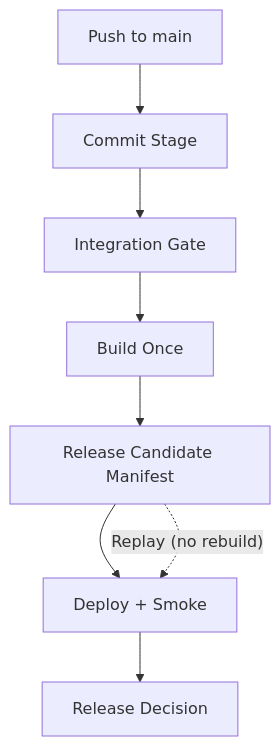
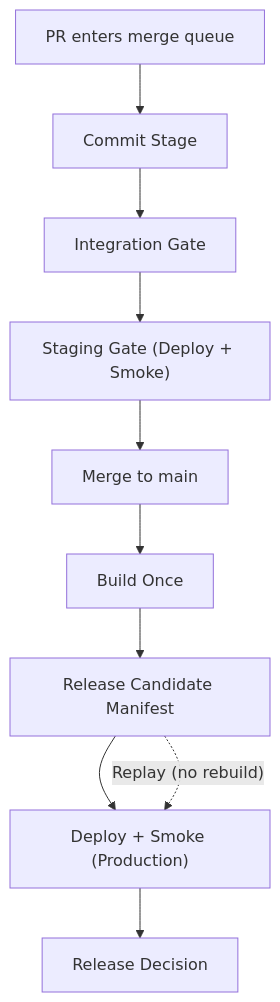
One commit to glcsolutions-ca/compass changed the diagram in docs/development-pipeline.md. Above: the diagram before and after it, drawn with Mermaid. The commit also changed other lines of this file and 27 other files, not shown here.

Commit message:
ci: enforce merge-queue staging gate and remove auto-recovery (#167)

````diff
--- a/docs/development-pipeline.md
+++ b/docs/development-pipeline.md
@@ -15,10 +16,12 @@
 ```mermaid
 flowchart TD
-    A["Push to main"] --> B["Commit Stage"]
+    A["PR enters merge queue"] --> B["Commit Stage"]
     B --> C["Integration Gate"]
-    C --> D["Build Once"]
-    D --> E["Release Candidate Manifest"]
-    E --> F["Deploy + Smoke"]
-    F --> G["Release Decision"]
-    E -. "Replay (no rebuild)" .-> F
+    C --> D["Staging Gate (Deploy + Smoke)"]
+    D --> E["Merge to main"]
+    E --> F["Build Once"]
+    F --> G["Release Candidate Manifest"]
+    G --> H["Deploy + Smoke (Production)"]
+    H --> I["Release Decision"]
+    G -. "Replay (no rebuild)" .-> H
 ```
````
